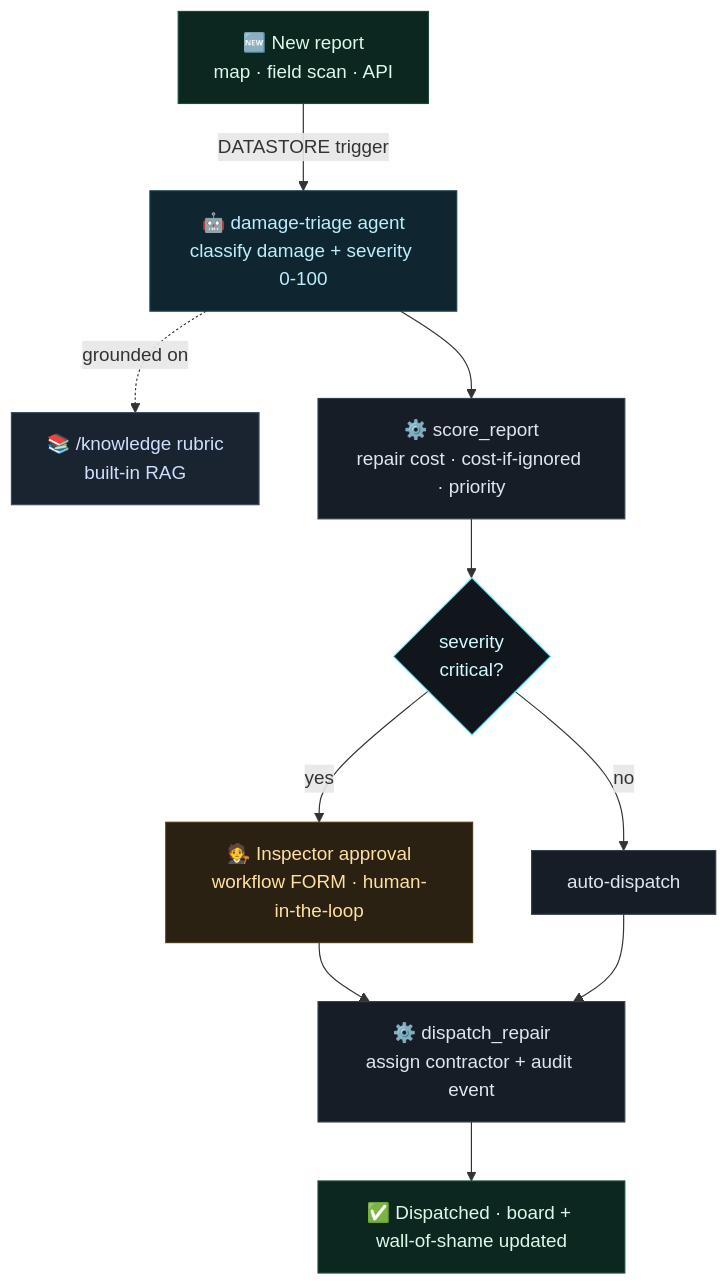
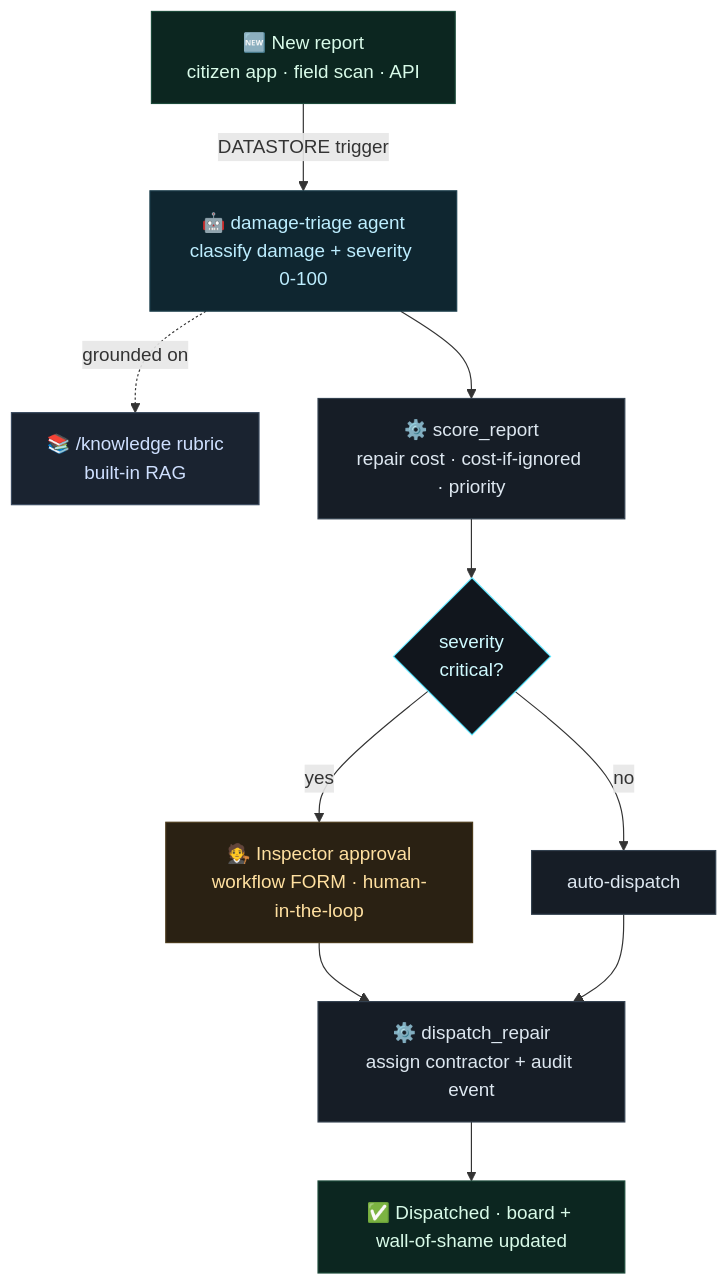
One commit to SaudSatopay/crackwatch-lemma changed the second of 4 diagrams in README.md. Above: the diagram before and after it, drawn with Mermaid. The commit also changed other lines of this file and 22 other files, not shown here.

First line of the commit message:
feat: add CrackWatch Citizen app on Lemma + gamification profiles table

````diff
--- a/README.md
+++ b/README.md
@@ -68,20 +81,20 @@
 ```mermaid
 flowchart TD
-    R["🆕 New report<br/>map · field scan · API"]:::ev
+    R["🆕 New report<br/>citizen app · field scan · API"]:::ev
     R -->|"DATASTORE trigger"| AG["🤖 damage-triage agent<br/>classify damage + severity 0-100"]:::ag
     AG -.->|"grounded on"| KB["📚 /knowledge rubric<br/>built-in RAG"]:::rag
     AG --> SC["⚙️ score_report<br/>repair cost · cost-if-ignored · priority"]:::fn
     SC --> D{"severity<br/>critical?"}:::dec
     D -->|"yes"| AP["🧑‍⚖️ Inspector approval<br/>workflow FORM · human-in-the-loop"]:::hu
     D -->|"no"| AU["auto-dispatch"]:::fn
     AP --> DI["⚙️ dispatch_repair<br/>assign contractor + audit event"]:::fn
     AU --> DI
     DI --> EN["✅ Dispatched · board + wall-of-shame updated"]:::ev
 
     classDef ag fill:#0f2630,stroke:#1d3f4d,color:#bdeeff;
     classDef fn fill:#161d26,stroke:#33414f,color:#dde7f0;
     classDef rag fill:#1a2330,stroke:#3a4a5f,color:#cfe0ff;
     classDef hu fill:#2a2113,stroke:#4a3a1c,color:#ffe0a0;
     classDef dec fill:#11161d,stroke:#5de6ff,color:#cffaff;
     classDef ev fill:#0c2620,stroke:#1c4a3a,color:#d9fbe9;
 ```
````
